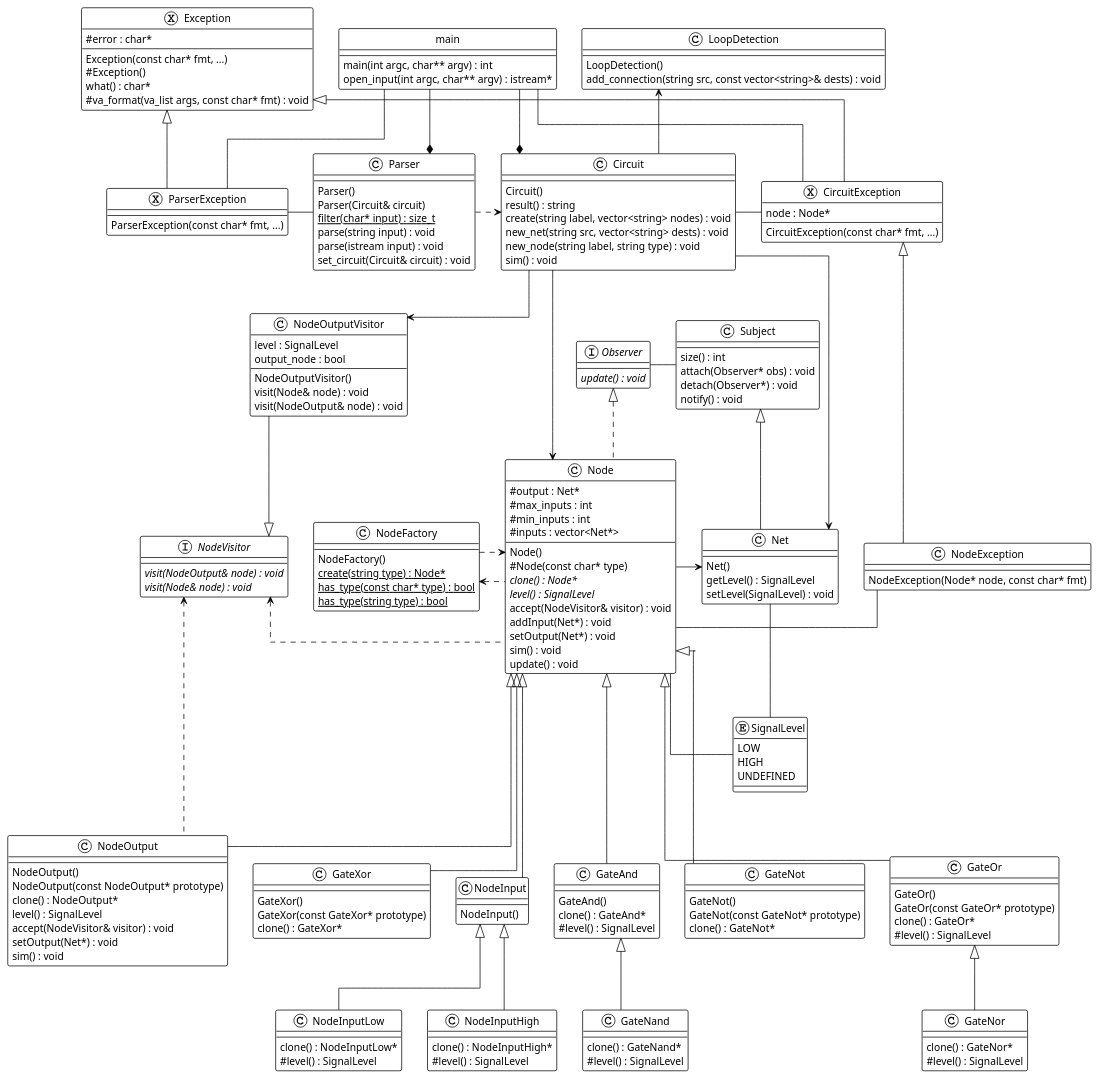
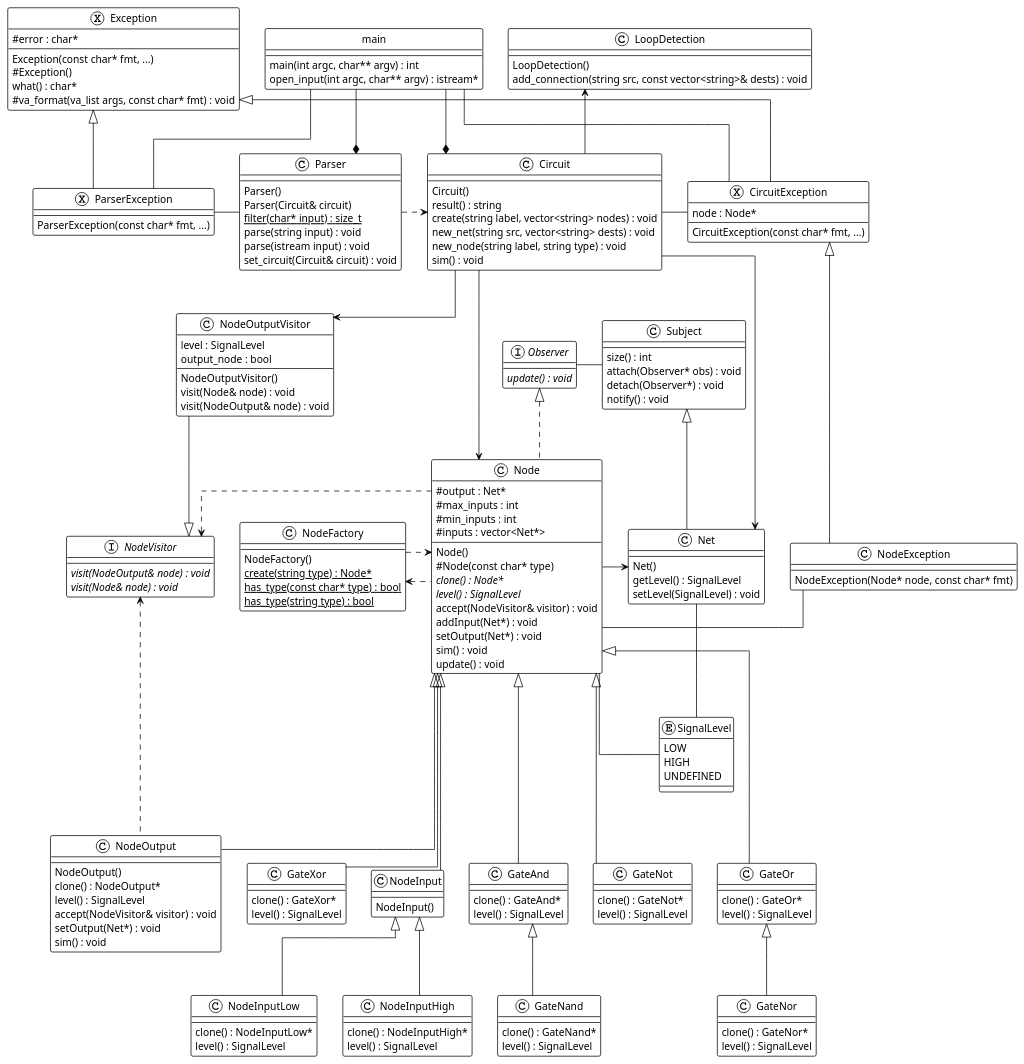
The diagram in docs/class-diag.puml (lonkaars/depa), drawn with PlantUML before and after one commit. The commit also changed 10 other files, not shown here.

```diff
--- a/docs/class-diag.puml
+++ b/docs/class-diag.puml
@@ -44,38 +44,33 @@
 }
 
 class GateAnd {
-	GateAnd()
 	clone() : GateAnd*
-	#level() : SignalLevel
+	level() : SignalLevel
 }
 
 class GateNand {
 	clone() : GateNand*
-	#level() : SignalLevel
+	level() : SignalLevel
 }
 
 class GateNor {
 	clone() : GateNor*
-	#level() : SignalLevel
+	level() : SignalLevel
 }
 
 class GateNot {
-	GateNot()
-	GateNot(const GateNot* prototype)
 	clone() : GateNot*
+	level() : SignalLevel
 }
 
 class GateOr {
-	GateOr()
-	GateOr(const GateOr* prototype)
 	clone() : GateOr*
-	#level() : SignalLevel
+	level() : SignalLevel
 }
 
 class GateXor {
-	GateXor()
-	GateXor(const GateXor* prototype)
 	clone() : GateXor*
+	level() : SignalLevel
 }
 
 class NodeInput {
@@ -91,17 +86,16 @@
 
 class NodeInputLow {
 	clone() : NodeInputLow*
-	#level() : SignalLevel
+	level() : SignalLevel
 }
 
 class NodeInputHigh {
 	clone() : NodeInputHigh*
-	#level() : SignalLevel
+	level() : SignalLevel
 }
 
 class NodeOutput {
 	NodeOutput()
-	NodeOutput(const NodeOutput* prototype)
 	clone() : NodeOutput*
 	level() : SignalLevel
 	accept(NodeVisitor& visitor) : void
```
